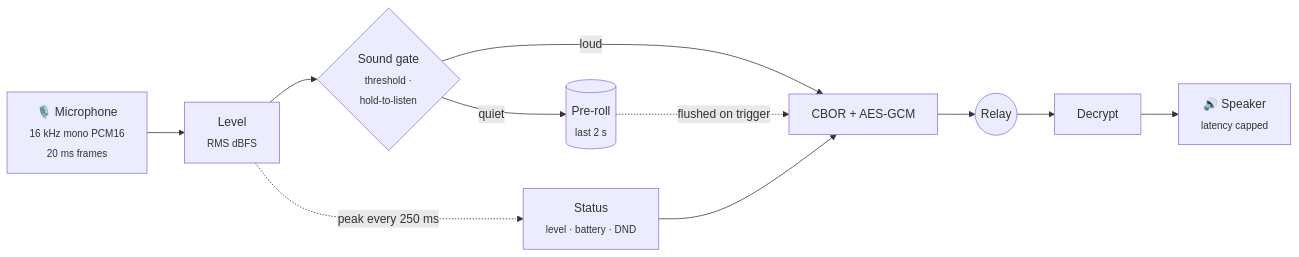
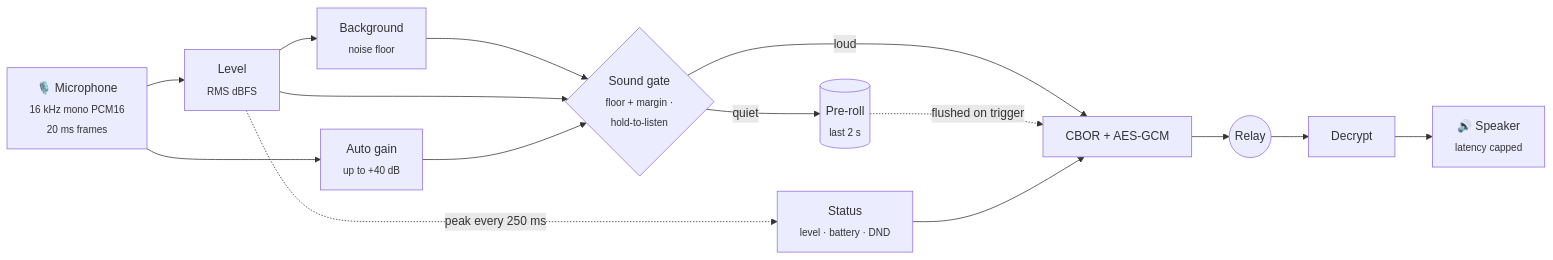
Before and after one commit to Plokkke/baby-phone: the fifth of 6 diagrams in README.md, drawn with Mermaid. The commit also changed other lines of this file and 9 other files, not shown here.

````diff
--- a/README.md
+++ b/README.md
@@ -197,11 +198,13 @@
 ```mermaid
 flowchart LR
     MIC["🎙️ Microphone<br/><sub>16 kHz mono PCM16<br/>20 ms frames</sub>"] --> LVL["Level<br/><sub>RMS dBFS</sub>"]
-    LVL --> GATE{"Sound gate<br/><sub>threshold ·<br/>hold-to-listen</sub>"}
+    LVL --> FLOOR["Background<br/><sub>noise floor</sub>"] --> GATE
+    LVL --> GATE{"Sound gate<br/><sub>floor + margin ·<br/>hold-to-listen</sub>"}
+    MIC --> AGC["Auto gain<br/><sub>up to +40 dB</sub>"] --> GATE
     GATE -- quiet --> PRE[("Pre-roll<br/><sub>last 2 s</sub>")]
     GATE -- loud --> ENC["CBOR + AES-GCM"]
     PRE -. flushed on trigger .-> ENC
     ENC --> WS(("Relay"))
     WS --> DEC["Decrypt"] --> SPK["🔊 Speaker<br/><sub>latency capped</sub>"]
     LVL -. "peak every 250 ms" .-> STATUS["Status<br/><sub>level · battery · DND</sub>"] --> ENC
 ```
````
